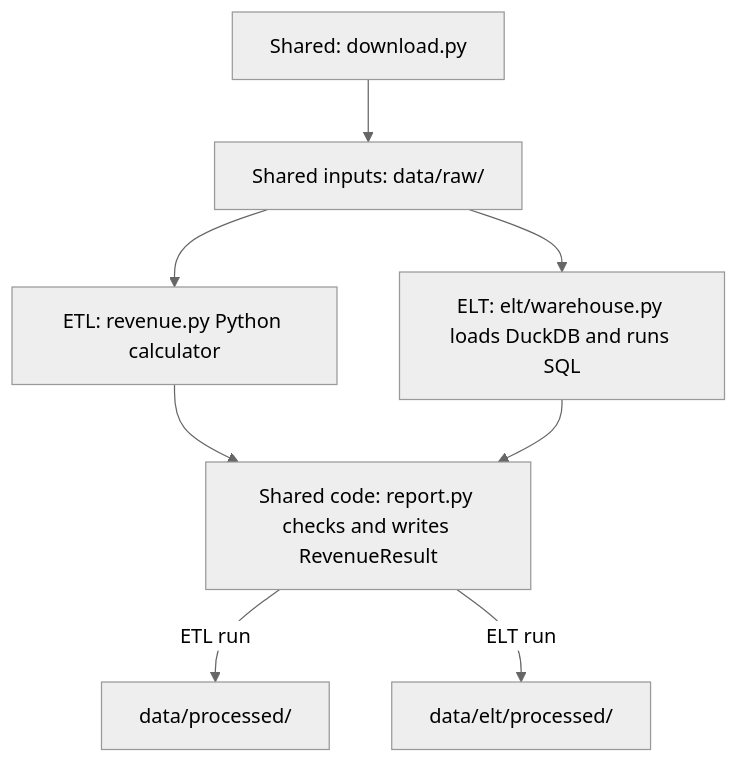
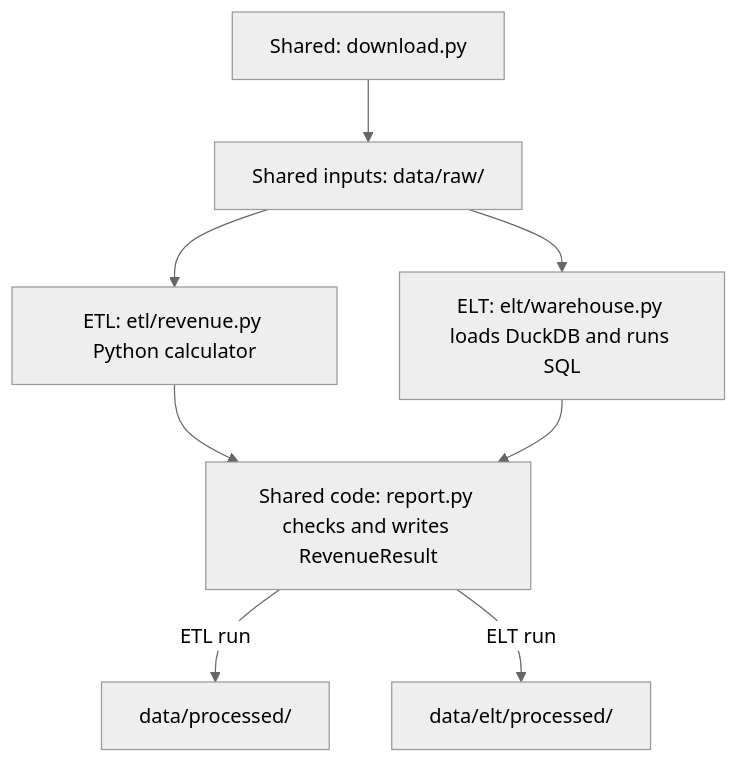
The diagram in docs/adr/002-elt-comparison.md (roy-nfisch/nyc-taxi-revenue-data-pipeline), drawn with Mermaid (neutral theme) before and after one commit. The commit also changed other lines of this file, not shown here.

First line of the commit message:
docs: separate ETL and ELT layouts in the proposed design

````diff
--- a/docs/adr/002-elt-comparison.md
+++ b/docs/adr/002-elt-comparison.md
@@ -156,10 +178,10 @@
 ```mermaid
 flowchart TD
     D["Shared: download.py"] --> R["Shared inputs: data/raw/"]
-    R --> E["ETL: revenue.py Python calculator"]
+    R --> E["ETL: etl/revenue.py Python calculator"]
     R --> L["ELT: elt/warehouse.py loads DuckDB and runs SQL"]
     E --> W["Shared code: report.py checks and writes RevenueResult"]
     L --> W
     W -->|ETL run| O["data/processed/"]
     W -->|ELT run| P["data/elt/processed/"]
 ```
````
